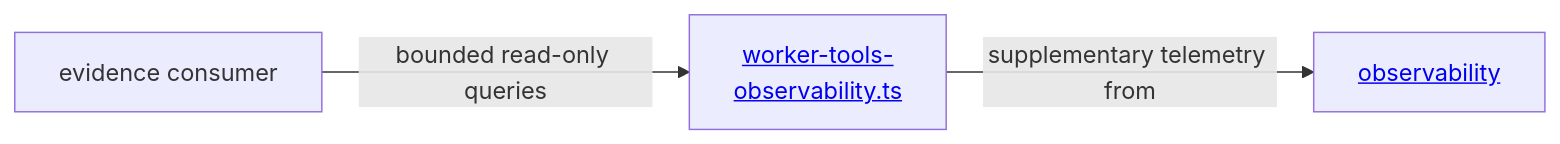
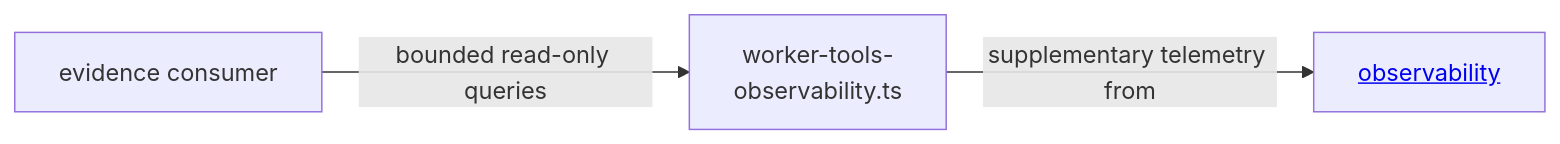
The diagram in tools/evidence/as-is.md (abstract-business-systems/as-is), drawn with Mermaid before and after one commit. The commit also changed 8 other files, not shown here.

Commit message:
feat(tools): conform record diagrams and bootstrap mermaid renderer dependency

````diff
--- a/tools/evidence/as-is.md
+++ b/tools/evidence/as-is.md
@@ -15,8 +15,8 @@
 ```mermaid
 flowchart LR
     Consumer["evidence consumer"]
-    Observability["<a href='./worker-tools-observability.ts'>worker-tools-<br/>observability.ts</a>"]
+    Observability["worker-tools-<br/>observability.ts"]
     Tracer["<a href='../../core/modules/observability/as-is.md#design'>observability</a>"]
     Consumer -->|bounded read-only queries| Observability
     Observability -->|supplementary telemetry from| Tracer
 ```
````
